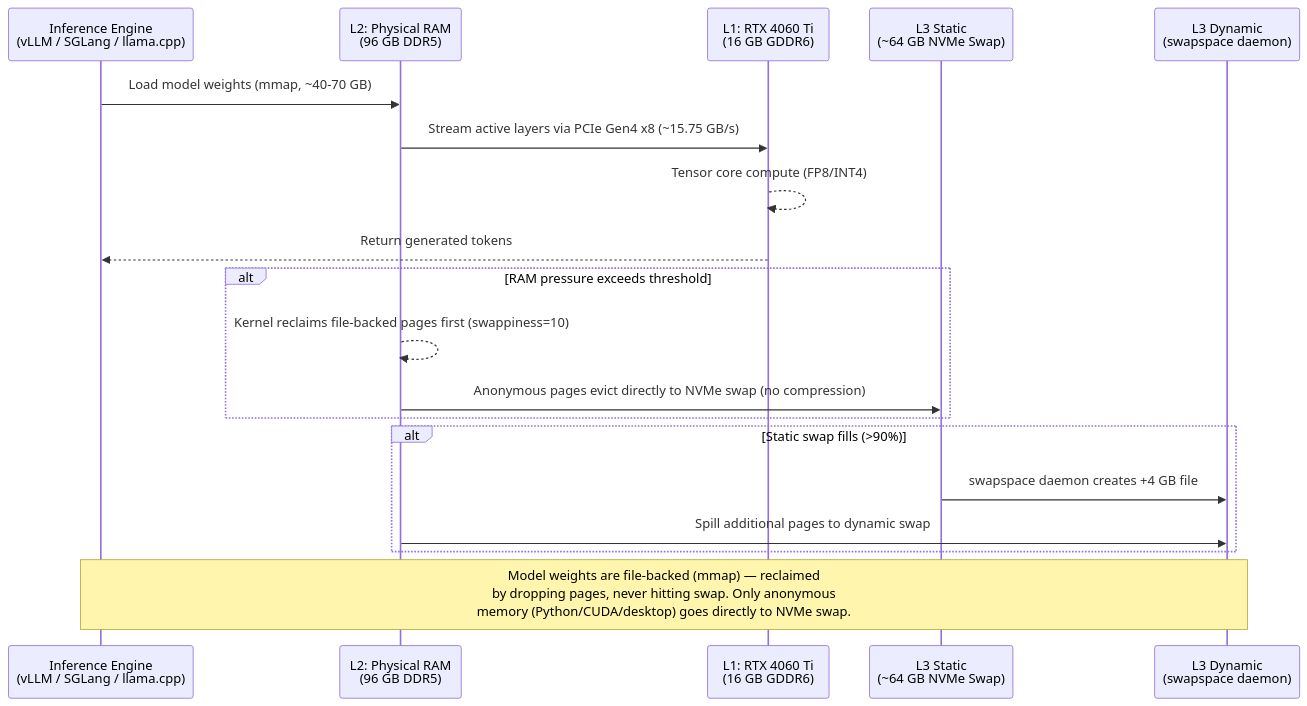
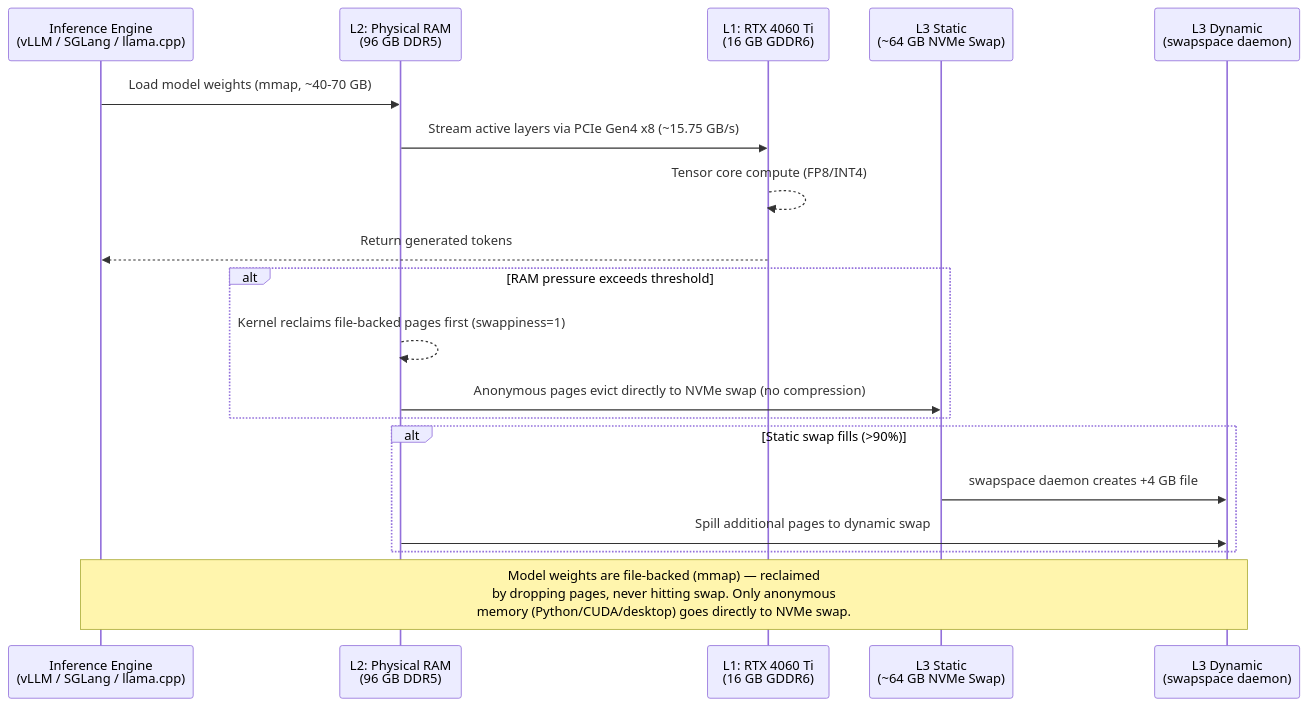
Diagram 20 of 24 in docs/architecture.md (AmeerJ97/project-host), drawn with Mermaid before and after one commit. The commit also changed other lines of this file and 23 other files, not shown here.

````diff
--- a/docs/architecture.md
+++ b/docs/architecture.md
@@ -1205,25 +1257,25 @@
 ```mermaid
 sequenceDiagram
     participant App as Inference Engine<br>(vLLM / SGLang / llama.cpp)
     participant L2 as L2: Physical RAM<br>(96 GB DDR5)
     participant VRAM as L1: RTX 4060 Ti<br>(16 GB GDDR6)
     participant L3S as L3 Static<br>(~64 GB NVMe Swap)
     participant L3D as L3 Dynamic<br>(swapspace daemon)
 
     App->>L2: Load model weights (mmap, ~40-70 GB)
     L2->>VRAM: Stream active layers via PCIe Gen4 x8 (~15.75 GB/s)
     VRAM-->>VRAM: Tensor core compute (FP8/INT4)
     VRAM-->>App: Return generated tokens
 
     alt RAM pressure exceeds threshold
-        L2-->>L2: Kernel reclaims file-backed pages first (swappiness=10)
+        L2-->>L2: Kernel reclaims file-backed pages first (swappiness=1)
         L2->>L3S: Anonymous pages evict directly to NVMe swap (no compression)
     end
 
     alt Static swap fills (>90%)
         L3S->>L3D: swapspace daemon creates +4 GB file
         L2->>L3D: Spill additional pages to dynamic swap
     end
 
     Note over App,L3D: Model weights are file-backed (mmap) — reclaimed<br>by dropping pages, never hitting swap. Only anonymous<br>memory (Python/CUDA/desktop) goes directly to NVMe swap.
 ```
````
